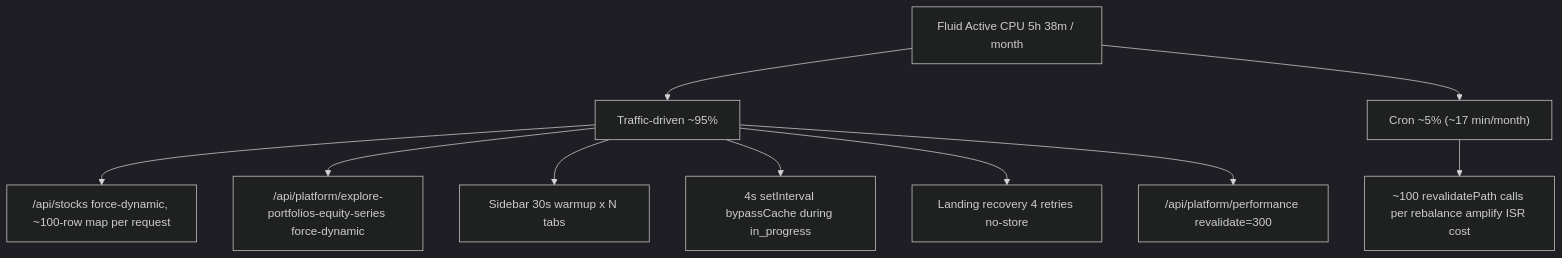
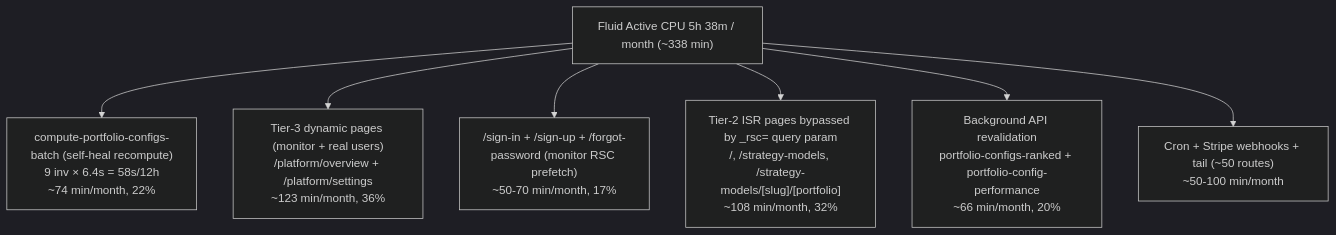
Before and after one commit to bennyrubanov/aitrader: the diagram in .cursor/plans/fluid-cpu-optimization-directives_3d0cd475.plan.md, drawn with Mermaid (dark theme). The commit also changed other lines of this file and 8 other files, not shown here.

````diff
--- a/.cursor/plans/fluid-cpu-optimization-directives_3d0cd475.plan.md
+++ b/.cursor/plans/fluid-cpu-optimization-directives_3d0cd475.plan.md
@@ -47,15 +243,10 @@
 ```mermaid
 flowchart TD
-  Spend["Fluid Active CPU 5h 38m / month"]
-  Spend --> Traffic["Traffic-driven ~95%"]
-  Spend --> Cron["Cron ~5% (~17 min/month)"]
-
-  Traffic --> Stocks["/api/stocks force-dynamic, ~100-row map per request"]
-  Traffic --> Explore["/api/platform/explore-portfolios-equity-series force-dynamic"]
-  Traffic --> Sidebar["Sidebar 30s warmup x N tabs"]
-  Traffic --> Polling["4s setInterval bypassCache during in_progress"]
-  Traffic --> Recovery["Landing recovery 4 retries no-store"]
-  Traffic --> PerfRoute["/api/platform/performance revalidate=300"]
-
-  Cron --> RevalAll["~100 revalidatePath calls per rebalance amplify ISR cost"]
+  Spend["Fluid Active CPU 5h 38m / month (~338 min)"]
+  Spend --> Batch["compute-portfolio-configs-batch (self-heal recompute)<br/>9 inv × 6.4s = 58s/12h<br/>~74 min/month, 22%"]
+  Spend --> Tier3["Tier-3 dynamic pages (monitor + real users)<br/>/platform/overview + /platform/settings<br/>~123 min/month, 36%"]
+  Spend --> Auth["/sign-in + /sign-up + /forgot-password (monitor RSC prefetch)<br/>~50-70 min/month, 17%"]
+  Spend --> Tier2RSC["Tier-2 ISR pages bypassed by _rsc= query param<br/>/, /strategy-models, /strategy-models/[slug]/[portfolio]<br/>~108 min/month, 32%"]
+  Spend --> APIRev["Background API revalidation<br/>portfolio-configs-ranked + portfolio-config-performance<br/>~66 min/month, 20%"]
+  Spend --> Other["Cron + Stripe webhooks + tail (~50 routes)<br/>~50-100 min/month"]
 ```
````
